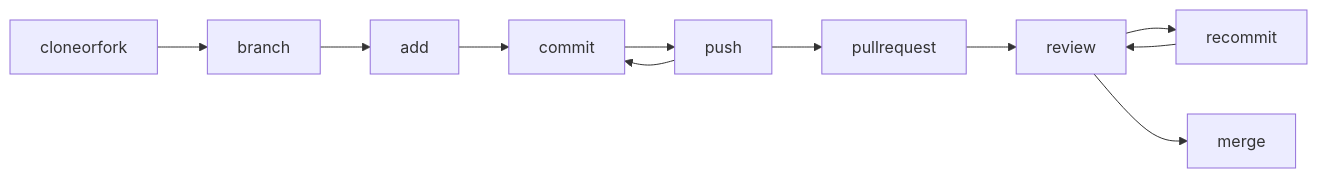
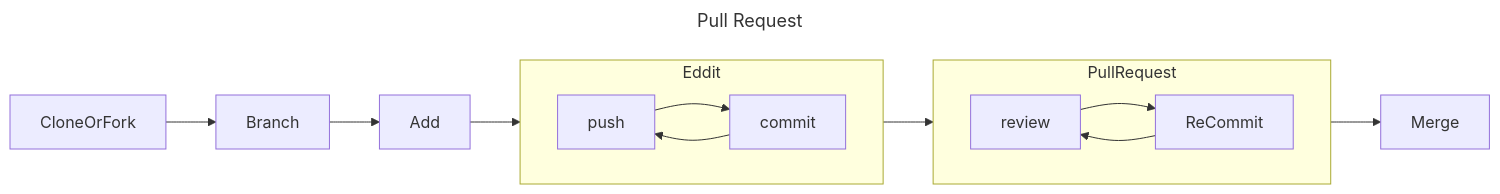
One commit to shiki-01/2024_web_git changed the first of 2 diagrams in src/231020/main.md. Above: the diagram before and after it, drawn with Mermaid. The commit also changed other lines of this file, not shown here.

````diff
--- a/src/231020/main.md
+++ b/src/231020/main.md
@@ -32,15 +33,25 @@
 ```mermaid
+---
+title: Pull Request
+---
 graph LR
 
-  cloneorfork-->branch
-  branch-->add
-  add-->commit
-  commit-->push
-  push-->commit
-  push-->pullrequest
-  pullrequest-->review
-  review-->recommit
-  recommit-->review
-  review-->merge
+  subgraph Eddit
+    direction LR
+      push-->commit
+      commit-->push
+  end
+
+  subgraph PullRequest
+    direction LR
+      review-->ReCommit
+      ReCommit-->review
+  end
+
+  CloneOrFork-->Branch
+  Branch-->Add
+  Add-->Eddit
+  Eddit-->PullRequest
+  PullRequest-->Merge
 
 ```
````
